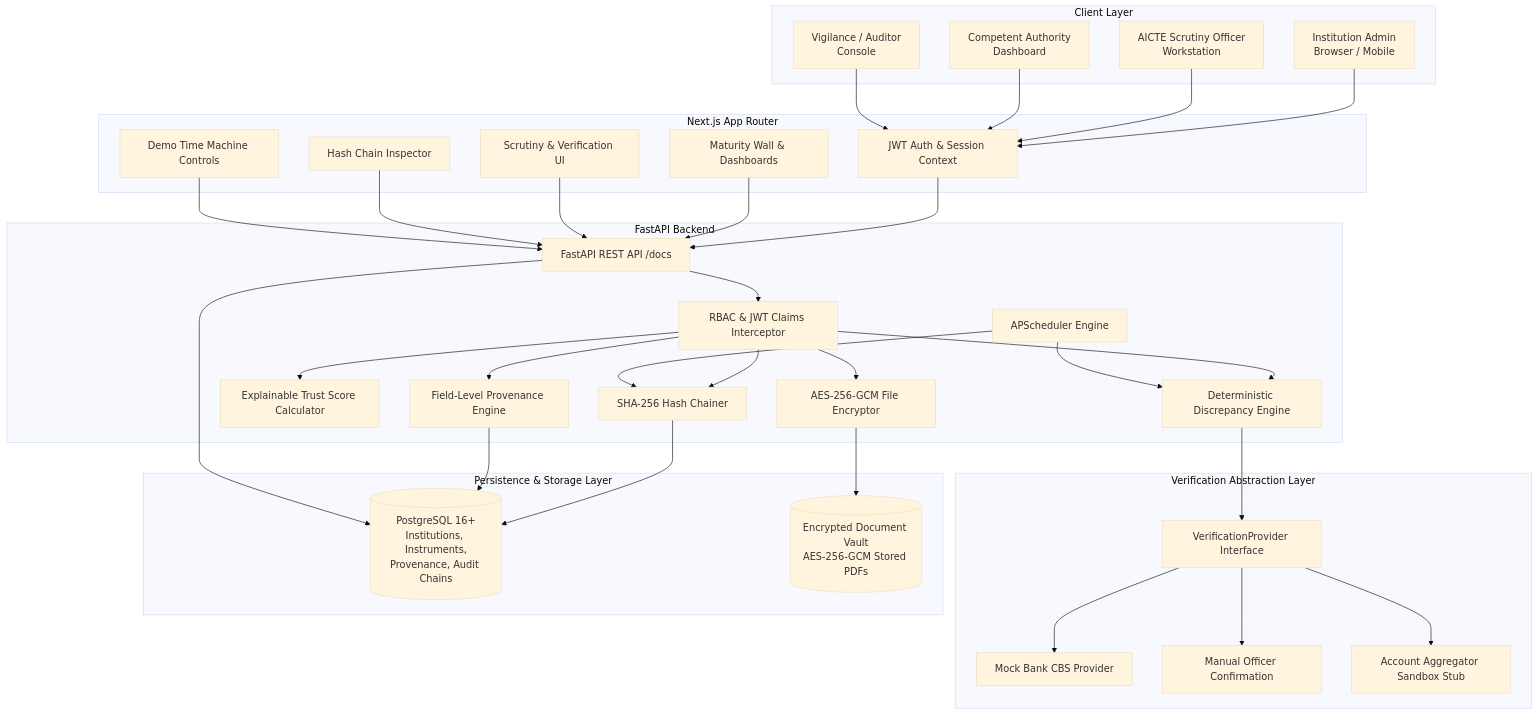
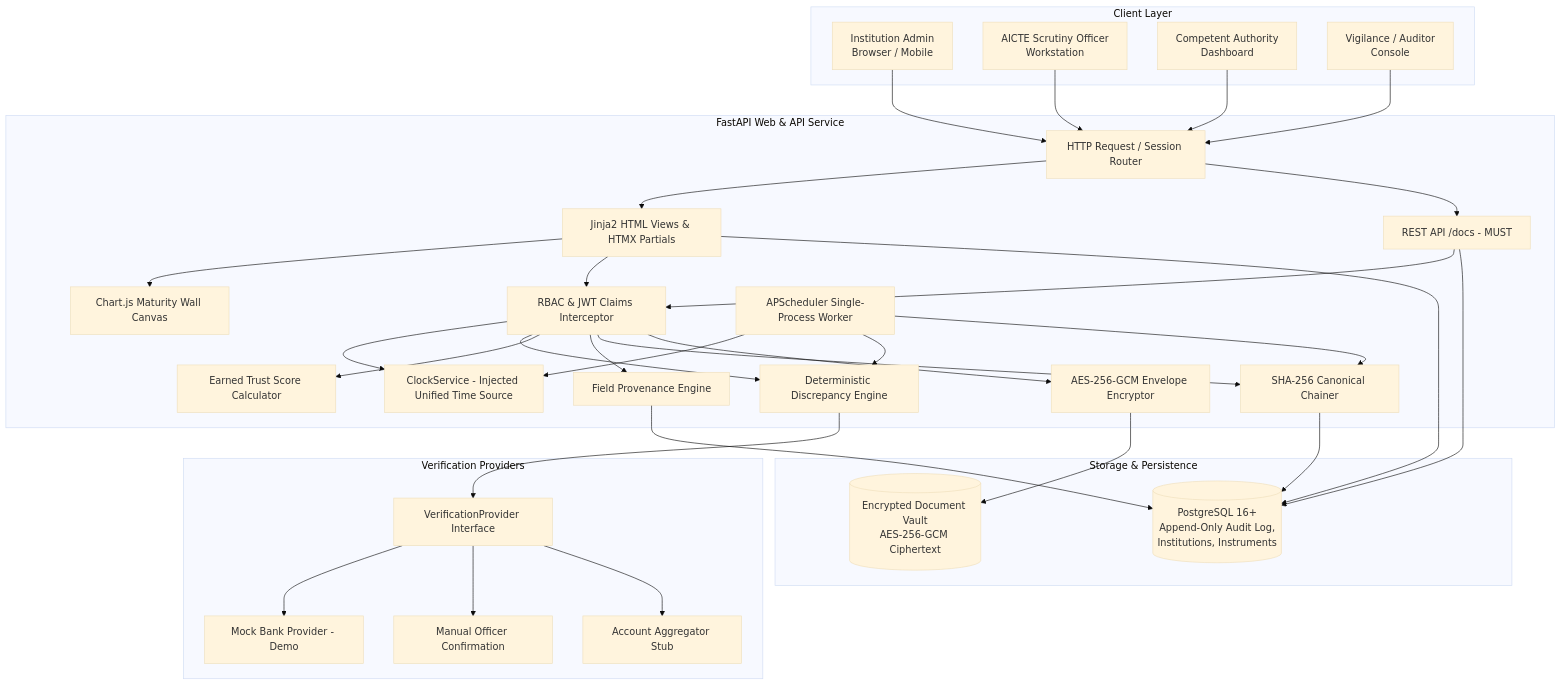
The third of 3 diagrams in SPEC.md (Shlok82/fdr-sentinel), drawn with Mermaid (base theme) before and after one commit. The commit also changed other lines of this file, not shown here.

````diff
--- a/SPEC.md
+++ b/SPEC.md
@@ -405,71 +457,70 @@
 ```mermaid
 graph TD
     subgraph Client Layer
         IU[Institution Admin<br/>Browser / Mobile]
         SO[AICTE Scrutiny Officer<br/>Workstation]
         CA[Competent Authority<br/>Dashboard]
         AU[Vigilance / Auditor<br/>Console]
     end
 
-    subgraph Presentation & UI [Next.js App Router]
-        F_Auth[JWT Auth & Session Context]
-        F_Dash[Maturity Wall & Dashboards]
-        F_Work[Scrutiny & Verification UI]
-        F_Audit[Hash Chain Inspector]
-        F_Time[Demo Time Machine Controls]
+    subgraph Unified Application Layer [FastAPI Web & API Service]
+        HTTP_In[HTTP Request / Session Router]
+        Jinja_Views[Jinja2 HTML Views & HTMX Partials]
+        Chart_Renderer[Chart.js Maturity Wall Canvas]
+        API_Gateway[REST API /docs - MUST]
+        RBAC_Guard[RBAC & JWT Claims Interceptor]
+        Clock[ClockService - Injected Unified Time Source]
+        Disc_Engine[Deterministic Discrepancy Engine]
+        Trust_Calc[Earned Trust Score Calculator]
+        Prov_Tracker[Field Provenance Engine]
+        Audit_Chainer[SHA-256 Canonical Chainer]
+        Sec_Store[AES-256-GCM Envelope Encryptor]
+        Scheduler[APScheduler Single-Process Worker]
     end
 
-    subgraph Application Service Layer [FastAPI Backend]
-        API_Gateway[FastAPI REST API /docs]
-        RBAC_Guard[RBAC & JWT Claims Interceptor]
-        Disc_Engine[Deterministic Discrepancy Engine]
-        Trust_Calc[Explainable Trust Score Calculator]
-        Prov_Tracker[Field-Level Provenance Engine]
-        Audit_Chainer[SHA-256 Hash Chainer]
-        Sec_Store[AES-256-GCM File Encryptor]
-        Scheduler[APScheduler Engine]
+    subgraph Verification Providers
+        V_Interface[VerificationProvider Interface]
+        V_Mock[Mock Bank Provider - Demo]
+        V_Manual[Manual Officer Confirmation]
+        V_AA[Account Aggregator Stub]
     end
 
-    subgraph Verification Abstraction Layer
-        V_Interface[VerificationProvider Interface]
-        V_Mock[Mock Bank CBS Provider]
-        V_Manual[Manual Officer Confirmation]
-        V_AA[Account Aggregator Sandbox Stub]
+    subgraph Storage & Persistence
+        PG_DB[(PostgreSQL 16+<br/>Append-Only Audit Log,<br/>Institutions, Instruments)]
+        Doc_Vault[(Encrypted Document Vault<br/>AES-256-GCM Ciphertext)]
     end
 
-    subgraph Persistence & Storage Layer
-        PG_DB[(PostgreSQL 16+<br/>Institutions, Instruments,<br/>Provenance, Audit Chains)]
-        Doc_Vault[(Encrypted Document Vault<br/>AES-256-GCM Stored PDFs)]
-    end
+    IU --> HTTP_In
+    SO --> HTTP_In
+    CA --> HTTP_In
+    AU --> HTTP_In
 
-    IU --> F_Auth
-    SO --> F_Auth
-    CA --> F_Auth
-    AU --> F_Auth
+    HTTP_In --> Jinja_Views
+    HTTP_In --> API_Gateway
+    Jinja_Views --> Chart_Renderer
 
-    F_Auth --> API_Gateway
-    F_Dash --> API_Gateway
-    F_Work --> API_Gateway
-    F_Audit --> API_Gateway
-    F_Time --> API_Gateway
+    Jinja_Views --> RBAC_Guard
+    API_Gateway --> RBAC_Guard
 
-    API_Gateway --> RBAC_Guard
+    RBAC_Guard --> Clock
     RBAC_Guard --> Disc_Engine
     RBAC_Guard --> Trust_Calc
     RBAC_Guard --> Prov_Tracker
     RBAC_Guard --> Audit_Chainer
     RBAC_Guard --> Sec_Store
 
     Disc_Engine --> V_Interface
     V_Interface --> V_Mock
     V_Interface --> V_Manual
     V_Interface --> V_AA
 
+    Scheduler --> Clock
     Scheduler --> Disc_Engine
     Scheduler --> Audit_Chainer
 
     Audit_Chainer --> PG_DB
     Prov_Tracker --> PG_DB
     Sec_Store --> Doc_Vault
     API_Gateway --> PG_DB
+    Jinja_Views --> PG_DB
 ```
````
